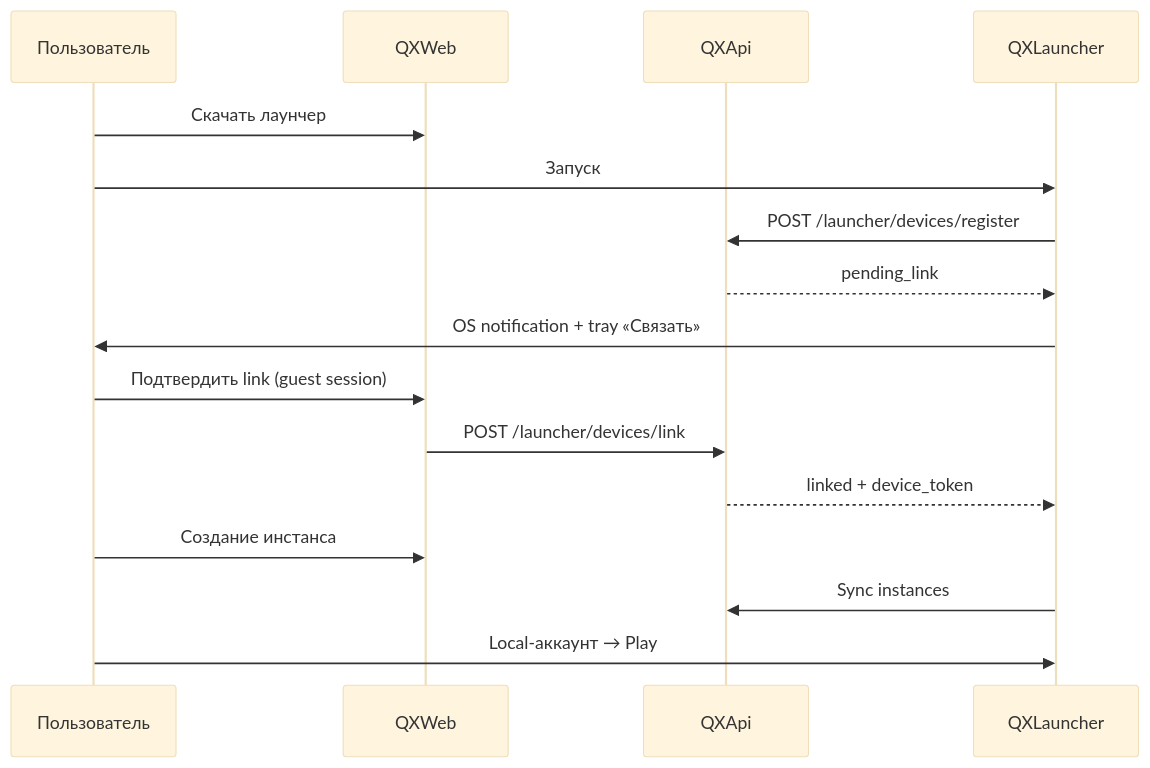
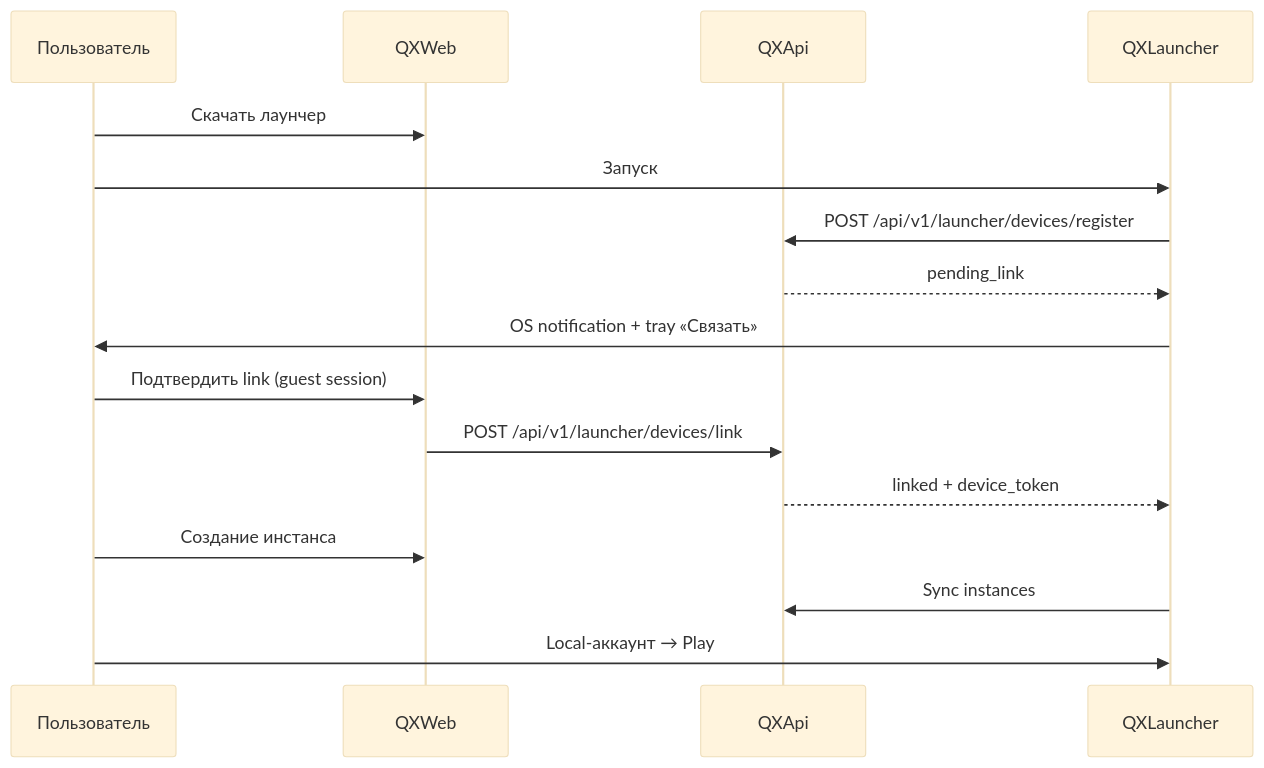
One commit to mindevis/qx-project changed the second of 16 diagrams in docs/architecture.md. Above: the diagram before and after it, drawn with Mermaid (base theme). The commit also changed other lines of this file and 129 other files, not shown here.

````diff
--- a/docs/architecture.md
+++ b/docs/architecture.md
@@ -94,19 +123,19 @@
 ```mermaid
 sequenceDiagram
     participant U as Пользователь
     participant Web as QXWeb
     participant API as QXApi
     participant L as QXLauncher
 
     U->>Web: Скачать лаунчер
     U->>L: Запуск
-    L->>API: POST /launcher/devices/register
+    L->>API: POST /api/v1/launcher/devices/register
     API-->>L: pending_link
     L->>U: OS notification + tray «Связать»
     U->>Web: Подтвердить link (guest session)
-    Web->>API: POST /launcher/devices/link
+    Web->>API: POST /api/v1/launcher/devices/link
     API-->>L: linked + device_token
     U->>Web: Создание инстанса
     L->>API: Sync instances
     U->>L: Local-аккаунт → Play
 ```
````
